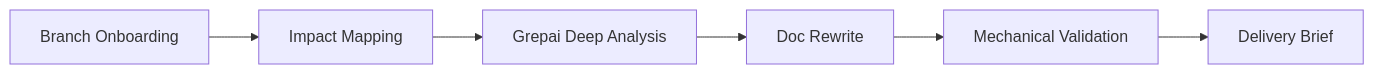
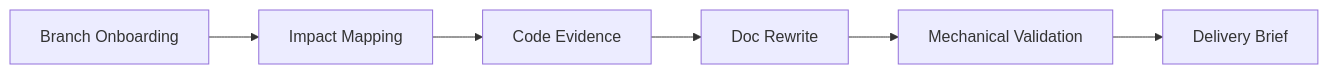
One commit to tinker495/codex-assets changed the diagram in skills/refresh-branch-docs/SKILL.md. Above: the diagram before and after it, drawn with Mermaid. The commit also changed other lines of this file and 12 other files, not shown here.

````diff
--- a/skills/refresh-branch-docs/SKILL.md
+++ b/skills/refresh-branch-docs/SKILL.md
@@ -14,8 +14,8 @@
 ```mermaid
 flowchart LR
   A["Branch Onboarding"] --> B["Impact Mapping"]
-  B --> C["Grepai Deep Analysis"]
+  B --> C["Code Evidence"]
   C --> D["Doc Rewrite"]
   D --> E["Mechanical Validation"]
   E --> F["Delivery Brief"]
 ```
````
